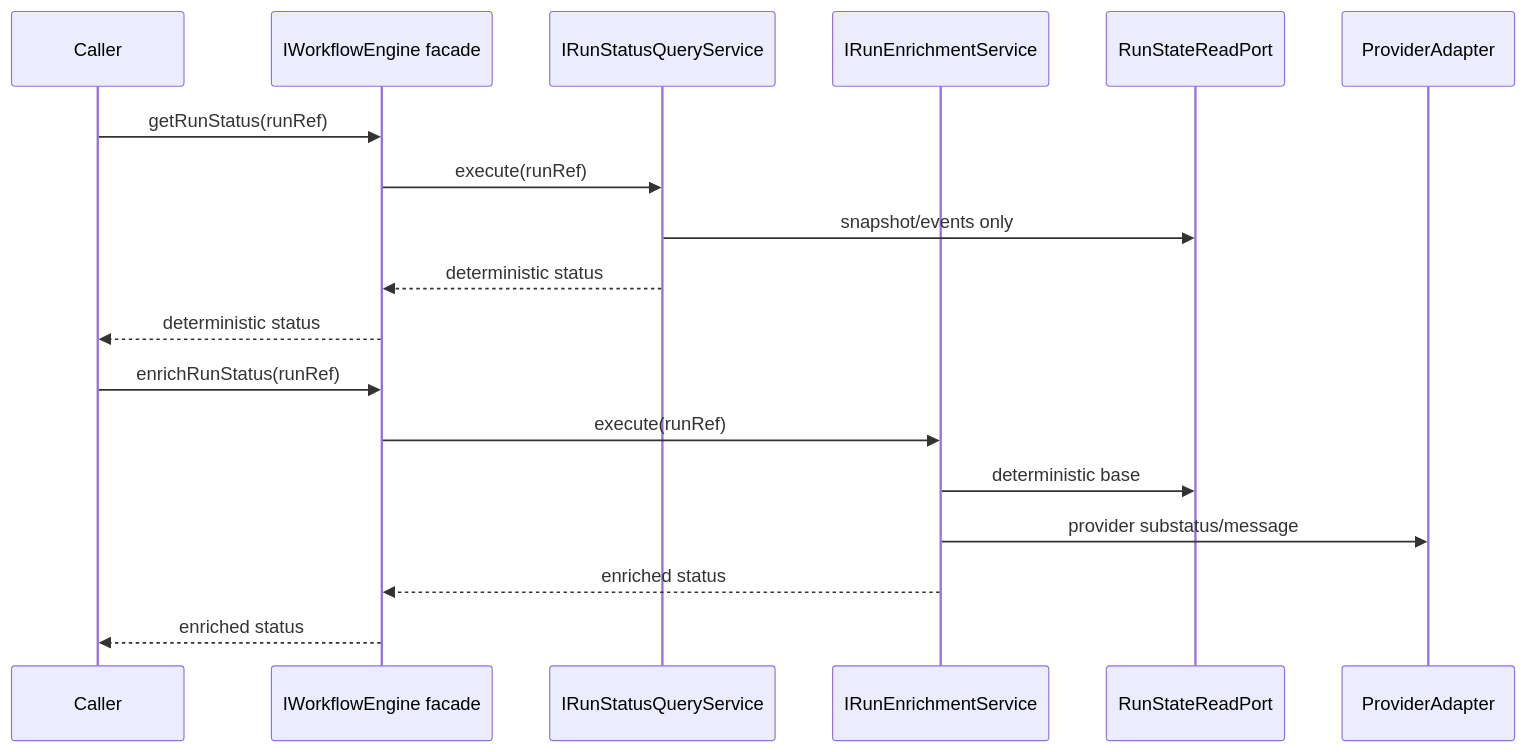
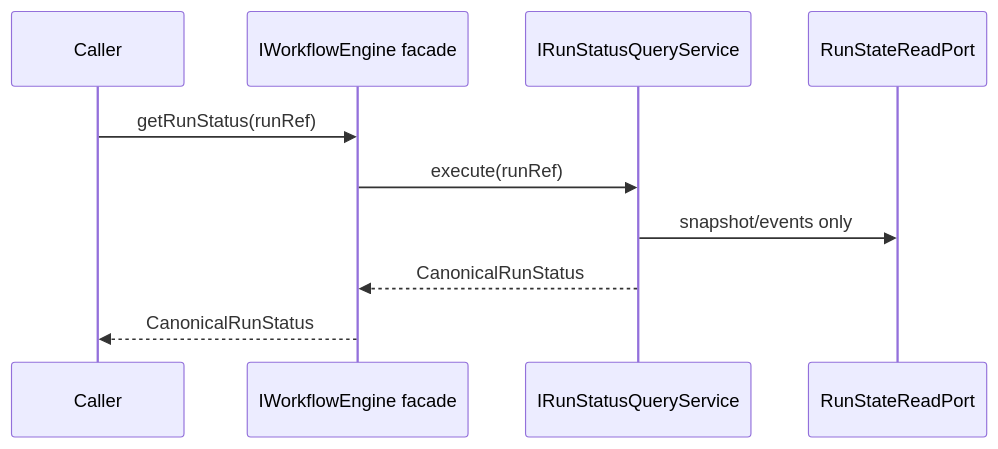
The fifth of 7 diagrams in docs/architecture/components/engine/architecture/workflow-engine-target-architecture.v1.md (dunay2/dvt), drawn with Mermaid before and after one commit. The commit also changed other lines of this file and 168 other files, not shown here.

````diff
--- a/docs/architecture/components/engine/architecture/workflow-engine-target-architecture.v1.md
+++ b/docs/architecture/components/engine/architecture/workflow-engine-target-architecture.v1.md
@@ -248,22 +271,13 @@
 ```mermaid
 sequenceDiagram
   participant Client as Caller
   participant Facade as IWorkflowEngine facade
   participant Query as IRunStatusQueryService
-  participant Enrich as IRunEnrichmentService
   participant State as RunStateReadPort
-  participant Provider as ProviderAdapter
 
   Client->>Facade: getRunStatus(runRef)
   Facade->>Query: execute(runRef)
   Query->>State: snapshot/events only
-  Query-->>Facade: deterministic status
-  Facade-->>Client: deterministic status
-
-  Client->>Facade: enrichRunStatus(runRef)
-  Facade->>Enrich: execute(runRef)
-  Enrich->>State: deterministic base
-  Enrich->>Provider: provider substatus/message
-  Enrich-->>Facade: enriched status
-  Facade-->>Client: enriched status
+  Query-->>Facade: CanonicalRunStatus
+  Facade-->>Client: CanonicalRunStatus
 ```
````
